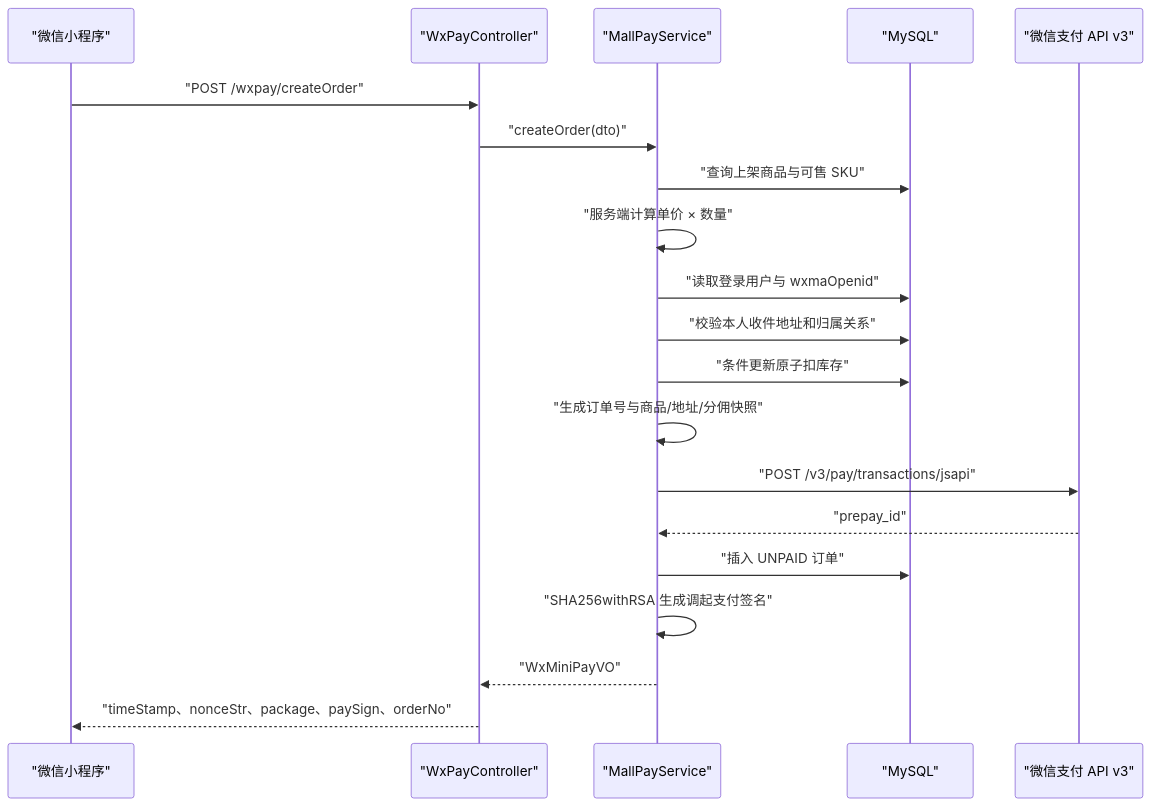
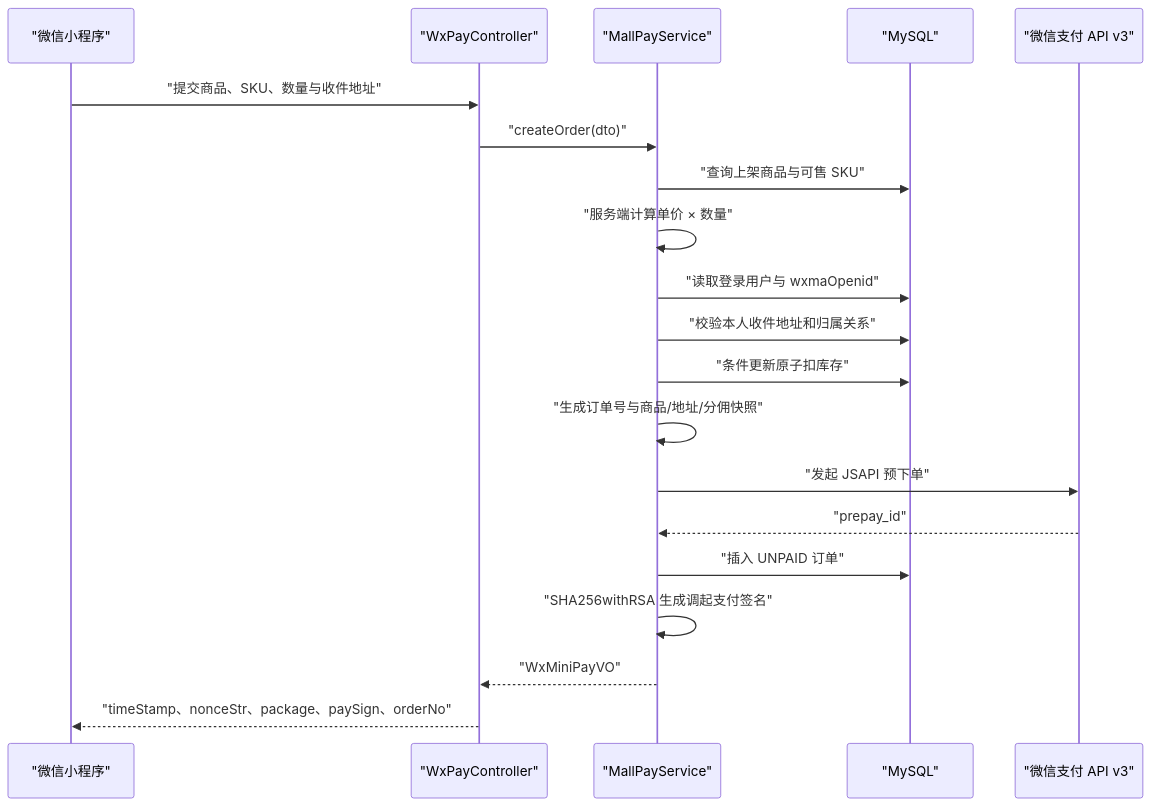
One commit to roydonGuo/BlogRoydonFun changed the third of 7 diagrams in docs/posts/mall-system-order-payment-engineering.md. Above: the diagram before and after it, drawn with Mermaid. The commit also changed other lines of this file, not shown here.

````diff
--- a/docs/posts/mall-system-order-payment-engineering.md
+++ b/docs/posts/mall-system-order-payment-engineering.md
@@ -162,23 +138,23 @@
 ```mermaid
 sequenceDiagram
     participant MP as "微信小程序"
     participant C as "WxPayController"
     participant S as "MallPayService"
     participant DB as "MySQL"
     participant WX as "微信支付 API v3"
 
-    MP->>C: "POST /wxpay/createOrder"
+    MP->>C: "提交商品、SKU、数量与收件地址"
     C->>S: "createOrder(dto)"
     S->>DB: "查询上架商品与可售 SKU"
     S->>S: "服务端计算单价 × 数量"
     S->>DB: "读取登录用户与 wxmaOpenid"
     S->>DB: "校验本人收件地址和归属关系"
     S->>DB: "条件更新原子扣库存"
     S->>S: "生成订单号与商品/地址/分佣快照"
-    S->>WX: "POST /v3/pay/transactions/jsapi"
+    S->>WX: "发起 JSAPI 预下单"
     WX-->>S: "prepay_id"
     S->>DB: "插入 UNPAID 订单"
     S->>S: "SHA256withRSA 生成调起支付签名"
     S-->>C: "WxMiniPayVO"
     C-->>MP: "timeStamp、nonceStr、package、paySign、orderNo"
 ```
````
